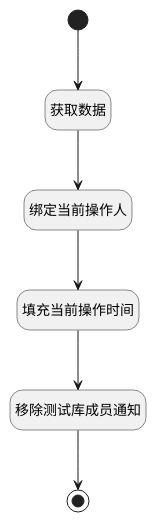
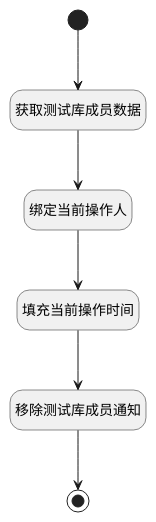
The diagram in doc/docsify/module/TestMgmt/library_member/logic/remove_library_member_notify.md (iBizLab/plm), drawn with PlantUML before and after one commit. The commit also changed other lines of this file and 1068 other files, not shown here.

````diff
--- a/doc/docsify/module/TestMgmt/library_member/logic/remove_library_member_notify.md
+++ b/doc/docsify/module/TestMgmt/library_member/logic/remove_library_member_notify.md
@@ -7,27 +7,27 @@
 ```plantuml
 @startuml
 hide empty description
 <style>
 root {
   HyperlinkColor #42b983
 }
 </style>
 
 hide empty description
 state "开始" as Begin <<start>> [[$./remove_library_member_notify#begin {"开始"}]]
-state "获取数据" as DEACTION1  [[$./remove_library_member_notify#deaction1 {"获取数据"}]]
+state "获取测试库成员数据" as DEACTION1  [[$./remove_library_member_notify#deaction1 {"获取测试库成员数据"}]]
 state "绑定当前操作人" as PREPAREPARAM1  [[$./remove_library_member_notify#prepareparam1 {"绑定当前操作人"}]]
 state "填充当前操作时间" as RAWSFCODE1  [[$./remove_library_member_notify#rawsfcode1 {"填充当前操作时间"}]]
 state "移除测试库成员通知" as DENOTIFY1  [[$./remove_library_member_notify#denotify1 {"移除测试库成员通知"}]]
 state "结束" as END1 <<end>> [[$./remove_library_member_notify#end1 {"结束"}]]
 
 
 Begin --> DEACTION1
 DEACTION1 --> PREPAREPARAM1
 PREPAREPARAM1 --> RAWSFCODE1
 RAWSFCODE1 --> DENOTIFY1
 DENOTIFY1 --> END1
 
 
 @enduml
 ```
````
